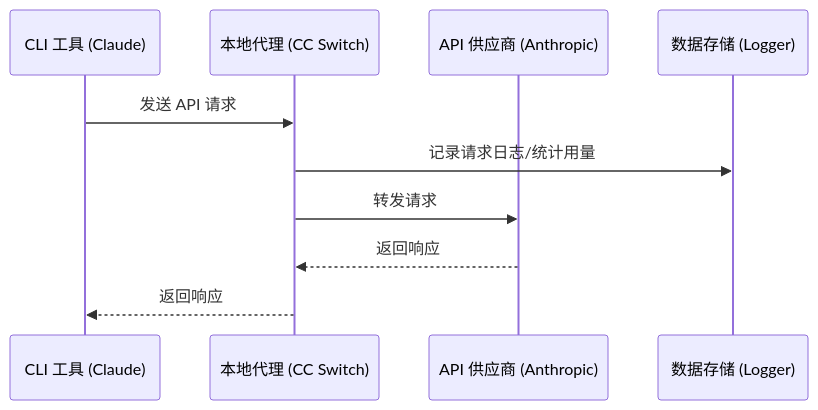
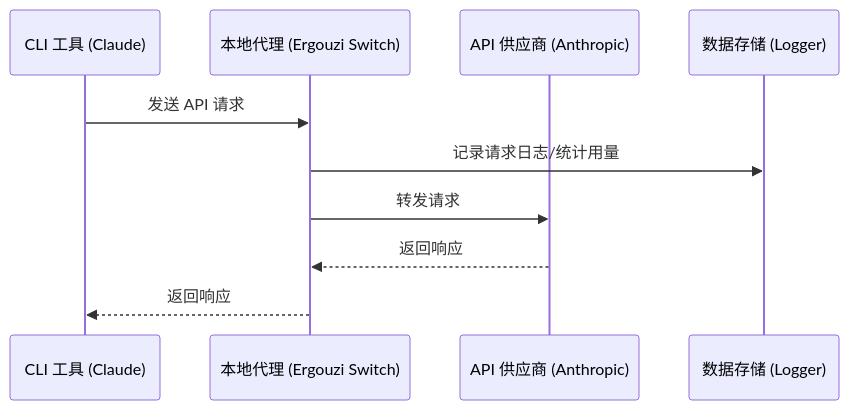
One commit to suboxiu88-coder/ergouzi-switch changed the diagram in docs/user-manual/zh/4-proxy/4.1-service.md. Above: the diagram before and after it, drawn with Mermaid. The commit also changed other lines of this file and 166 other files, not shown here.

````diff
--- a/docs/user-manual/zh/4-proxy/4.1-service.md
+++ b/docs/user-manual/zh/4-proxy/4.1-service.md
@@ -116,13 +116,13 @@
 ```mermaid
 sequenceDiagram
     participant CLI as CLI 工具 (Claude)
-    participant Proxy as 本地代理 (CC Switch)
+    participant Proxy as 本地代理 (Ergouzi Switch)
     participant API as API 供应商 (Anthropic)
     participant DB as 数据存储 (Logger)
 
     CLI->>Proxy: 发送 API 请求
     Proxy->>DB: 记录请求日志/统计用量
     Proxy->>API: 转发请求
     API-->>Proxy: 返回响应
     Proxy-->>CLI: 返回响应
 ```
````
